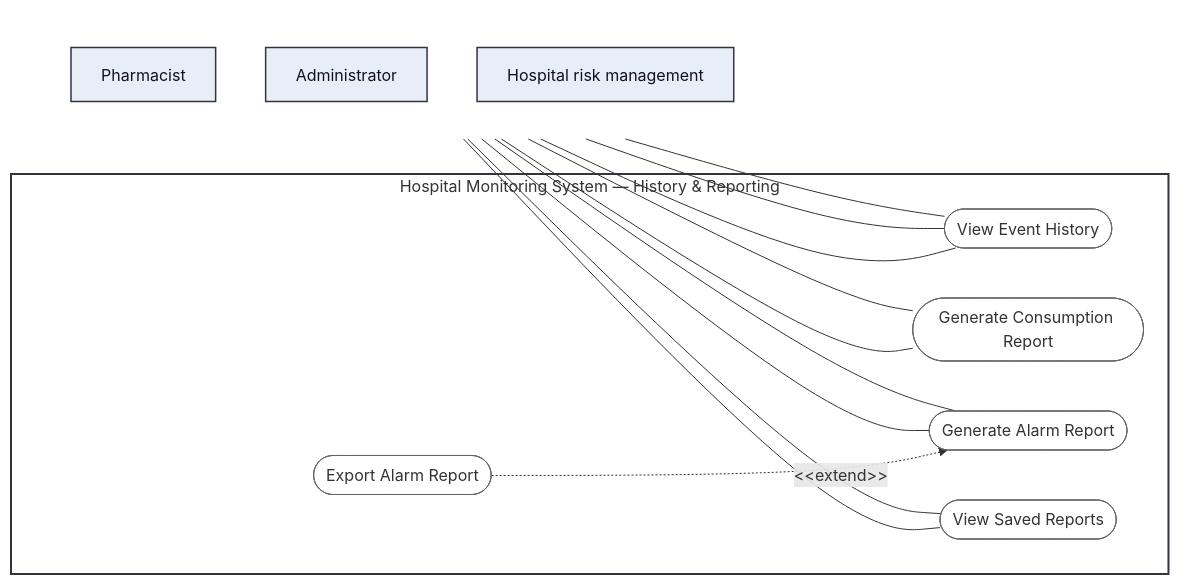
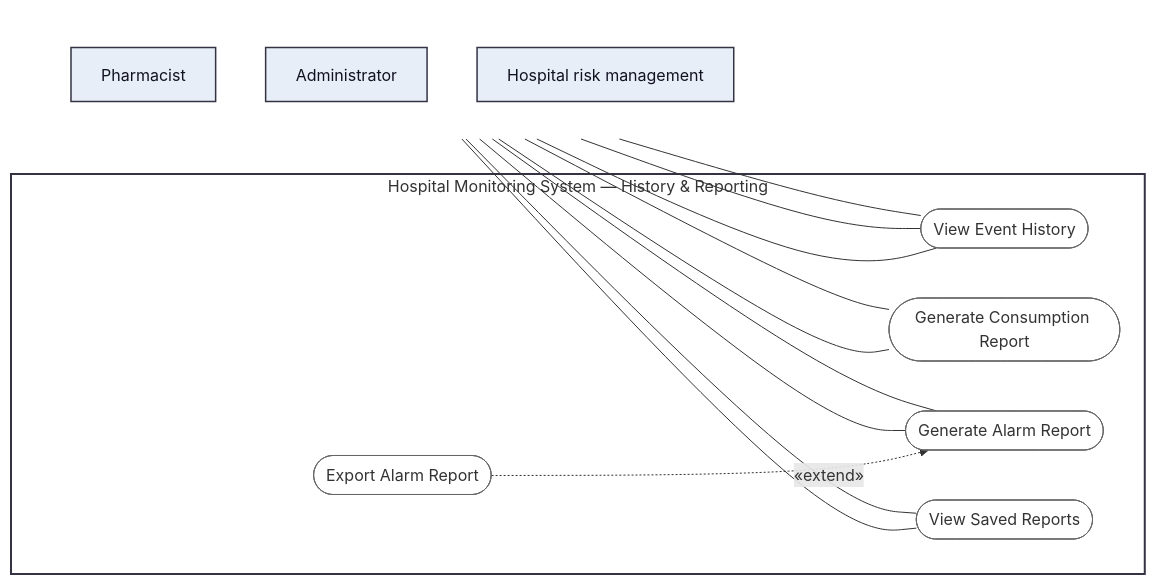
One commit to LukaMrt/3K04-project changed the sixth of 6 diagrams in docs/part-b/diagrams/use-case-diagram.md. Above: the diagram before and after it, drawn with Mermaid. The commit also changed other lines of this file, not shown here.

````diff
--- a/docs/part-b/diagrams/use-case-diagram.md
+++ b/docs/part-b/diagrams/use-case-diagram.md
@@ -218,36 +218,36 @@
 ```mermaid
 flowchart LR
     subgraph Actors[" "]
         direction TB
         Pharmacist["Pharmacist"]
         Admin["Administrator"]
         RiskMgmt["Hospital risk management"]
     end
 
     subgraph MS["Hospital Monitoring System — History & Reporting"]
         ViewHistory(["View Event History"])
         GenConsumeReport(["Generate Consumption Report"])
         GenAlarmReport(["Generate Alarm Report"])
         ExportAlarmReport(["Export Alarm Report"])
         ViewSavedReports(["View Saved Reports"])
     end
 
     Pharmacist --- ViewHistory
     Pharmacist --- GenConsumeReport
     Pharmacist --- ViewSavedReports
     Admin --- ViewHistory
     Admin --- GenConsumeReport
     Admin --- GenAlarmReport
     Admin --- ViewSavedReports
     RiskMgmt --- ViewHistory
     RiskMgmt --- GenAlarmReport
 
-    ExportAlarmReport -. "&lt;&lt;extend&gt;&gt;" .-> GenAlarmReport
+    ExportAlarmReport -. "«extend»" .-> GenAlarmReport
 
     classDef actor fill:#e8eef7,stroke:#334,stroke-width:1.5px,color:#112;
     classDef usecase fill:#fff,stroke:#666,stroke-width:1px;
     class Pharmacist,Admin,RiskMgmt actor;
     class ViewHistory,GenConsumeReport,GenAlarmReport,ExportAlarmReport,ViewSavedReports usecase;
     style Actors fill:none,stroke:none;
     style MS fill:none,stroke:#334,stroke-width:2px;
 ```
````
